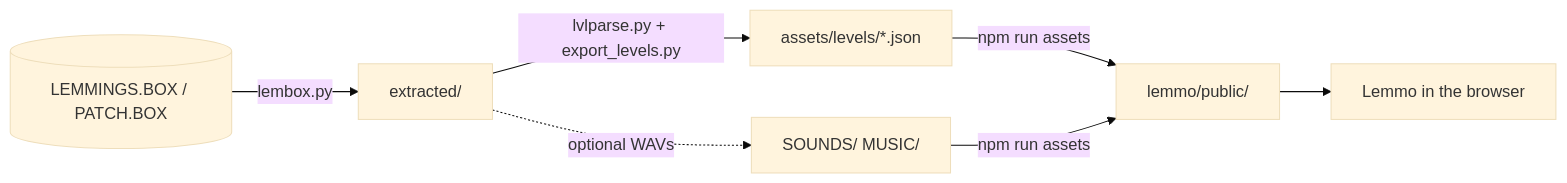
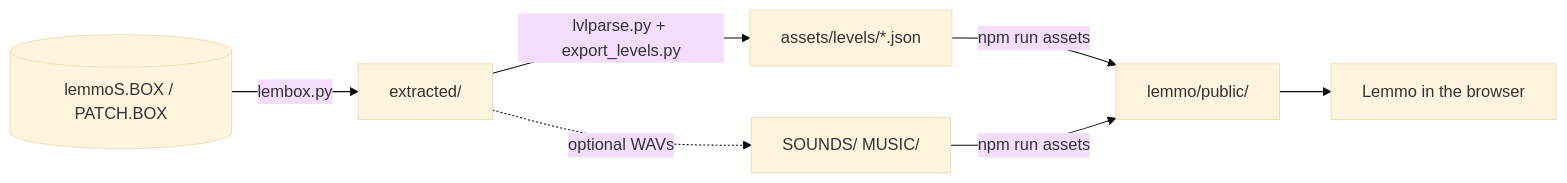
The diagram in README.md (jimerb/Lemmo), drawn with Mermaid (base theme) before and after one commit. The commit also changed other lines of this file, not shown here.

````diff
--- a/README.md
+++ b/README.md
@@ -159,8 +156,8 @@
 ```mermaid
 flowchart LR
-  CD[(LEMMINGS.BOX / PATCH.BOX)] -->|lembox.py| X[extracted/]
+  CD[(lemmoS.BOX / PATCH.BOX)] -->|lembox.py| X[extracted/]
   X -->|lvlparse.py + export_levels.py| J[assets/levels/*.json]
   X -.->|optional WAVs| W[SOUNDS/ MUSIC/]
   J & W -->|npm run assets| P[lemmo/public/]
   P --> G[Lemmo in the browser]
 ```
````
